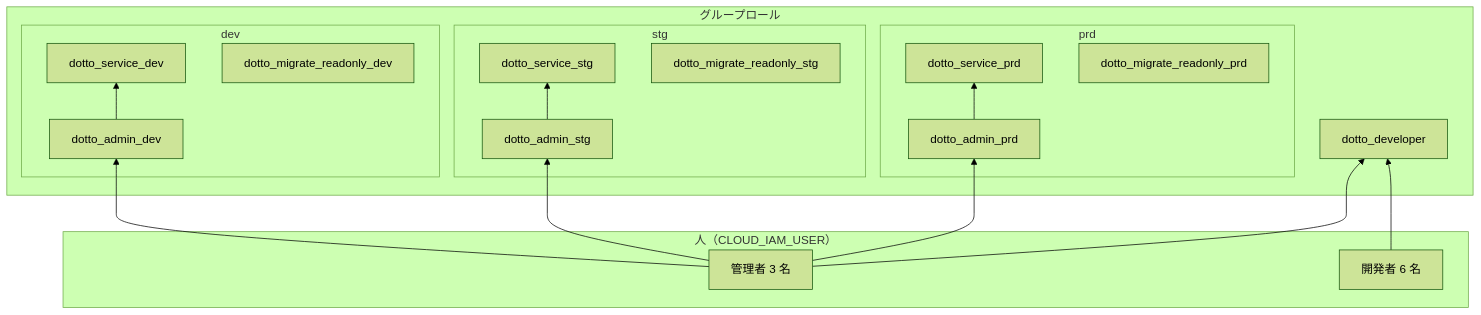
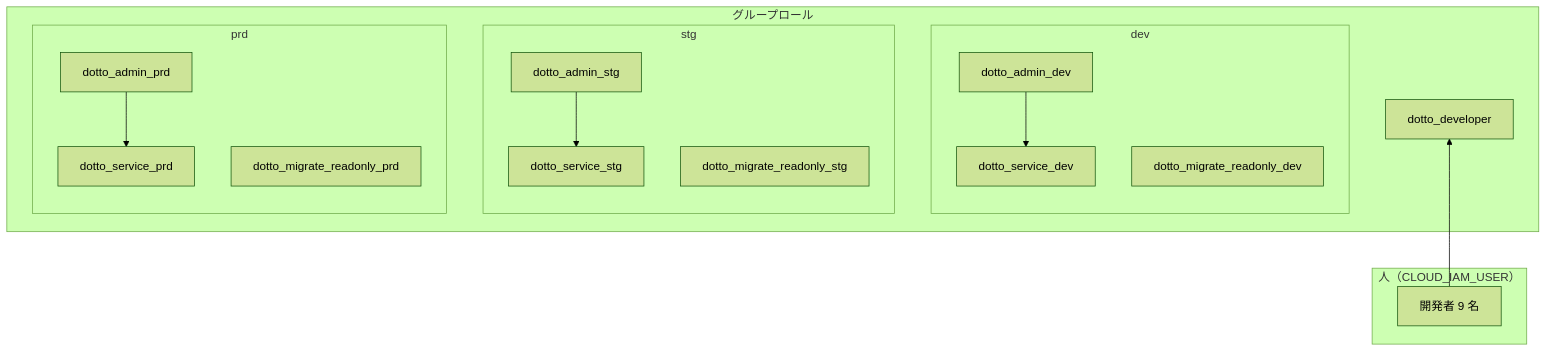
One commit to fun-dotto/infra changed the first of 2 diagrams in docs/postgresql_roles.md. Above: the diagram before and after it, drawn with Mermaid (forest theme). The commit also changed other lines of this file and 3 other files, not shown here.

First line of the commit message:
dotto_admin の旧メンバー 3 名を dotto_developer のみに所属させる

````diff
--- a/docs/postgresql_roles.md
+++ b/docs/postgresql_roles.md
@@ -40,37 +40,32 @@
 ```mermaid
 flowchart BT
     subgraph human["人（CLOUD_IAM_USER）"]
-        admins["管理者 3 名"]
-        devs["開発者 6 名"]
+        devs["開発者 9 名"]
     end
 
     subgraph groups["グループロール"]
         dotto_developer
 
         subgraph dev["dev"]
             admin_dev[dotto_admin_dev]
             service_dev[dotto_service_dev]
             readonly_dev[dotto_migrate_readonly_dev]
         end
         subgraph stg["stg"]
             admin_stg[dotto_admin_stg]
             service_stg[dotto_service_stg]
             readonly_stg[dotto_migrate_readonly_stg]
         end
         subgraph prd["prd"]
             admin_prd[dotto_admin_prd]
             service_prd[dotto_service_prd]
             readonly_prd[dotto_migrate_readonly_prd]
         end
     end
 
-    admins --> admin_dev
-    admins --> admin_stg
-    admins --> admin_prd
-    admins --> dotto_developer
     devs --> dotto_developer
 
     admin_dev --> service_dev
     admin_stg --> service_stg
     admin_prd --> service_prd
 ```
````
